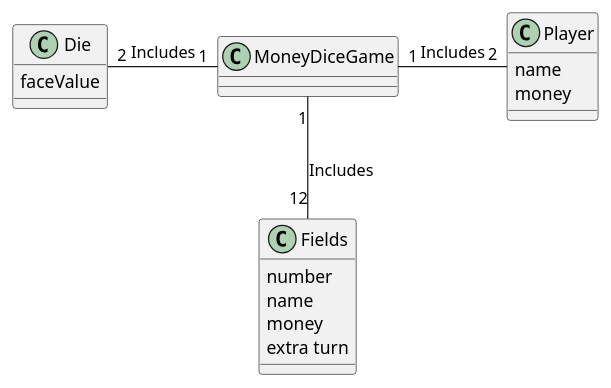
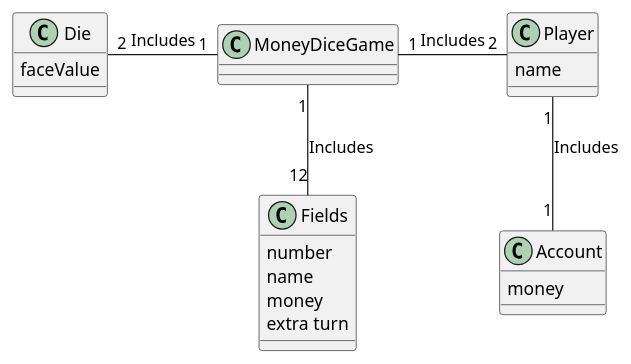
The diagram in src/main/resources/DomainModel.puml (DTUSoftware/25_matador_cdio_objects), drawn with PlantUML before and after one commit. The commit also changed 1 other file, not shown here.

Commit message:
updated the uml

```diff
--- a/src/main/resources/DomainModel.puml
+++ b/src/main/resources/DomainModel.puml
@@ -1,26 +1,30 @@
 @startuml
 'https://plantuml.com/class-diagram
 
 class MoneyDiceGame {
 }
 
 class Die {
     faceValue
 }
 
 class Player {
     name
-    money
+
 }
 class Fields{
     number
     name
     money
     extra turn
 }
 
+class Account{
+ money
+}
+
 MoneyDiceGame "1" -r "2" Player : Includes
 MoneyDiceGame "1" -l "2" Die : Includes
 MoneyDiceGame "1" -- "12" Fields : Includes
-
+Player  "1" -d- "1" Account: Includes
 @enduml
```
